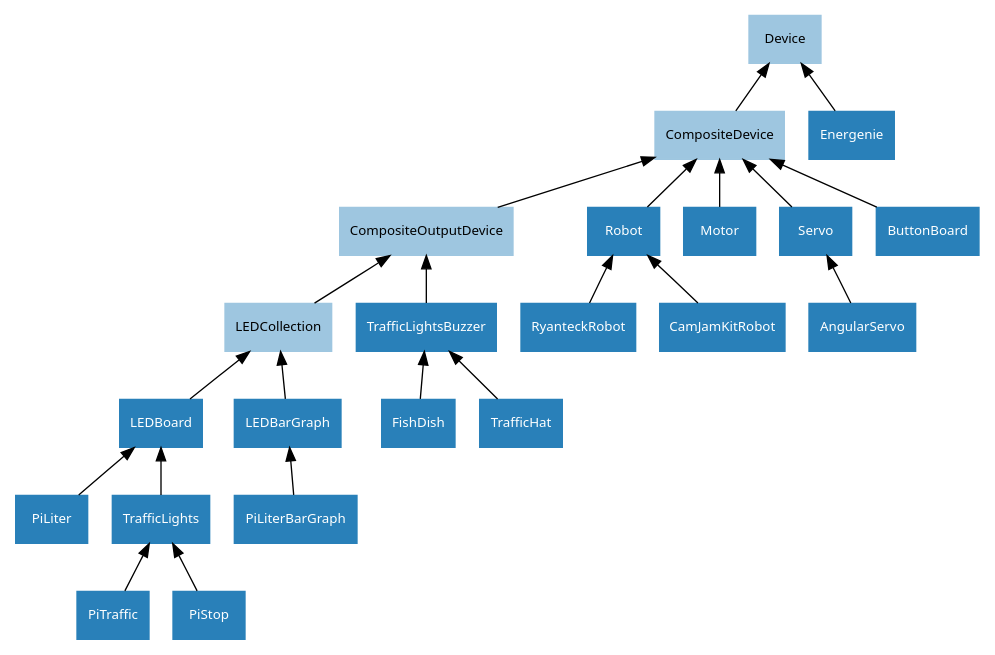
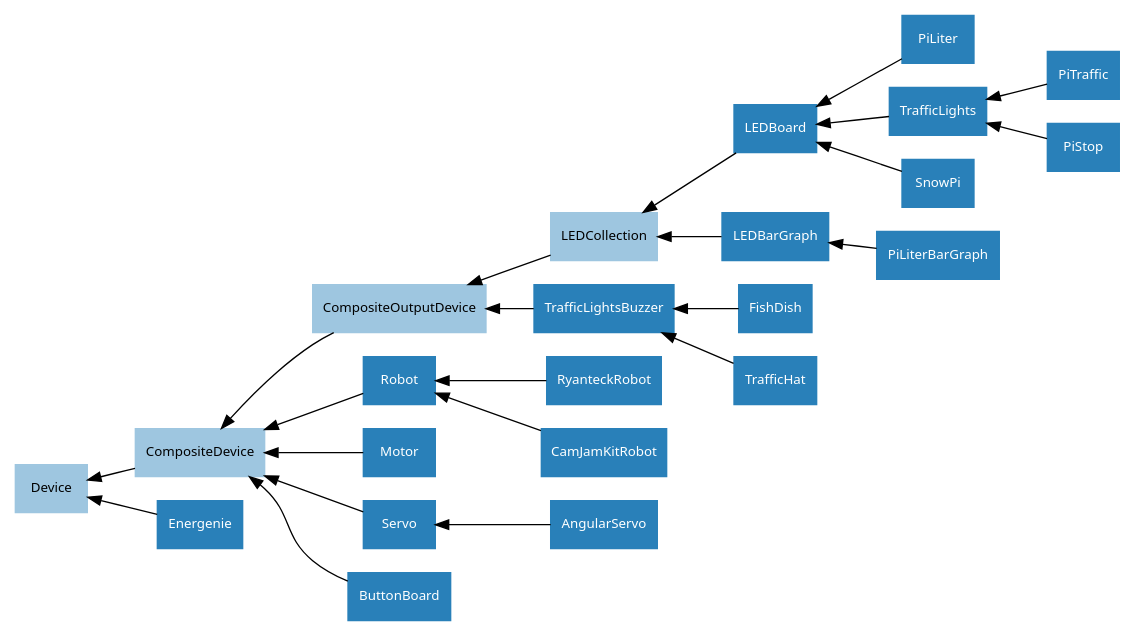
The diagram in docs/images/composite_device_hierarchy.dot (gpiozero/gpiozero), drawn with Graphviz before and after one commit. The commit also changed 29 other files, not shown here.

First line of the commit message:
Update all hierarchy charts in the docs

```diff
--- a/docs/images/composite_device_hierarchy.dot
+++ b/docs/images/composite_device_hierarchy.dot
@@ -1,40 +1,41 @@
 /* vim: set et sw=4 sts=4: */
 
 digraph classes {
-    graph [rankdir=BT];
+    graph [rankdir=RL];
     node [shape=rect, style=filled, fontname=Sans, fontsize=10];
     edge [];
 
     /* Abstract classes */
     node [color="#9ec6e0", fontcolor="#000000"]
     Device;
     CompositeDevice;
     CompositeOutputDevice;
     LEDCollection;
 
     /* Concrete classes */
     node [color="#2980b9", fontcolor="#ffffff"];
     CompositeDevice->Device;
     CompositeOutputDevice->CompositeDevice;
     LEDCollection->CompositeOutputDevice;
 
     LEDBoard->LEDCollection;
     LEDBarGraph->LEDCollection;
 
     PiLiter->LEDBoard;
     PiLiterBarGraph->LEDBarGraph;
     TrafficLights->LEDBoard;
+    SnowPi->LEDBoard;
     PiTraffic->TrafficLights;
     PiStop->TrafficLights;
     TrafficLightsBuzzer->CompositeOutputDevice;
     FishDish->TrafficLightsBuzzer;
     TrafficHat->TrafficLightsBuzzer;
     Robot->CompositeDevice;
     RyanteckRobot->Robot;
     CamJamKitRobot->Robot;
     Motor->CompositeDevice;
     Servo->CompositeDevice;
     AngularServo->Servo;
     Energenie->Device;
     ButtonBoard->CompositeDevice;
 }
```
